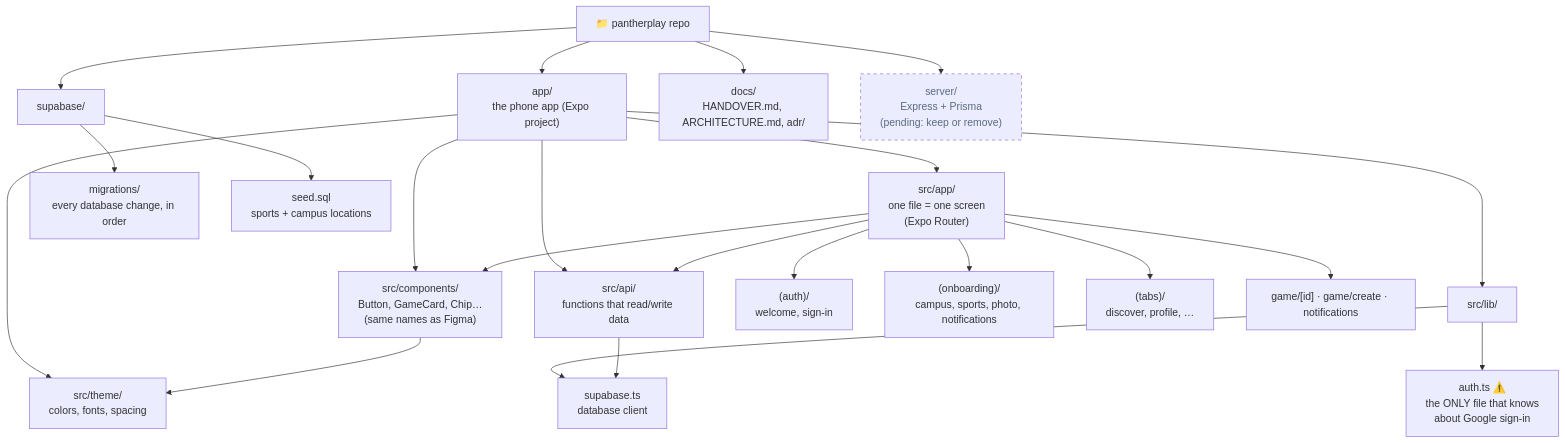
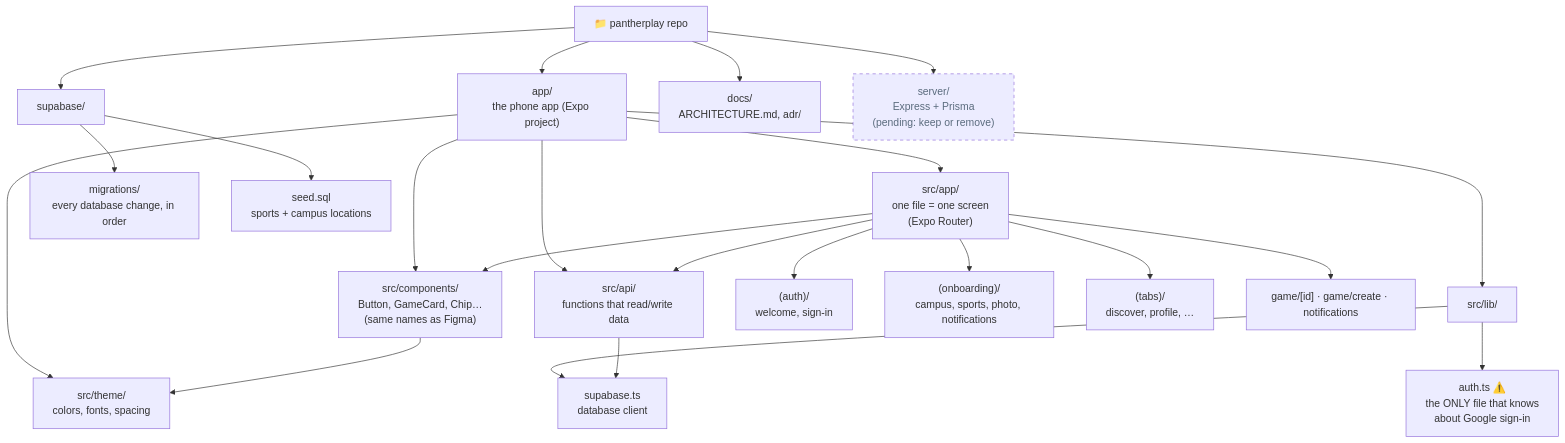
Before and after one commit to aymanlaassel/pantherplay: the second of 9 diagrams in docs/ARCHITECTURE.md, drawn with Mermaid. The commit also changed other lines of this file and 5 other files, not shown here.

````diff
--- a/docs/ARCHITECTURE.md
+++ b/docs/ARCHITECTURE.md
@@ -84,34 +84,34 @@
 ```mermaid
 flowchart TB
   Repo["📁 pantherplay repo"]
 
   Repo --> AppProj["app/<br/>the phone app (Expo project)"]
   Repo --> Supa["supabase/"]
-  Repo --> Docs["docs/<br/>HANDOVER.md, ARCHITECTURE.md, adr/"]
+  Repo --> Docs["docs/<br/>ARCHITECTURE.md, adr/"]
   Repo --> Server["server/<br/>Express + Prisma<br/>(pending: keep or remove)"]
 
   AppProj --> Screens["src/app/<br/>one file = one screen<br/>(Expo Router)"]
   AppProj --> Comp["src/components/<br/>Button, GameCard, Chip…<br/>(same names as Figma)"]
   AppProj --> Theme["src/theme/<br/>colors, fonts, spacing"]
   AppProj --> Api["src/api/<br/>functions that read/write data"]
   AppProj --> Lib["src/lib/"]
 
   Screens --> AuthScreens["(auth)/<br/>welcome, sign-in"]
   Screens --> Onb["(onboarding)/<br/>campus, sports, photo, notifications"]
   Screens --> Tabs["(tabs)/<br/>discover, profile, …"]
   Screens --> Pushed["game/[id] · game/create · notifications"]
 
   Lib --> AuthTs["auth.ts ⚠️<br/>the ONLY file that knows<br/>about Google sign-in"]
   Lib --> Client["supabase.ts<br/>database client"]
 
   Supa --> Mig["migrations/<br/>every database change, in order"]
   Supa --> Seed["seed.sql<br/>sports + campus locations"]
 
   Comp --> Theme
   Screens --> Comp
   Screens --> Api
   Api --> Client
 
   classDef pending stroke-dasharray: 5 5,color:#5A6B7D
   class Server pending
 ```
````
